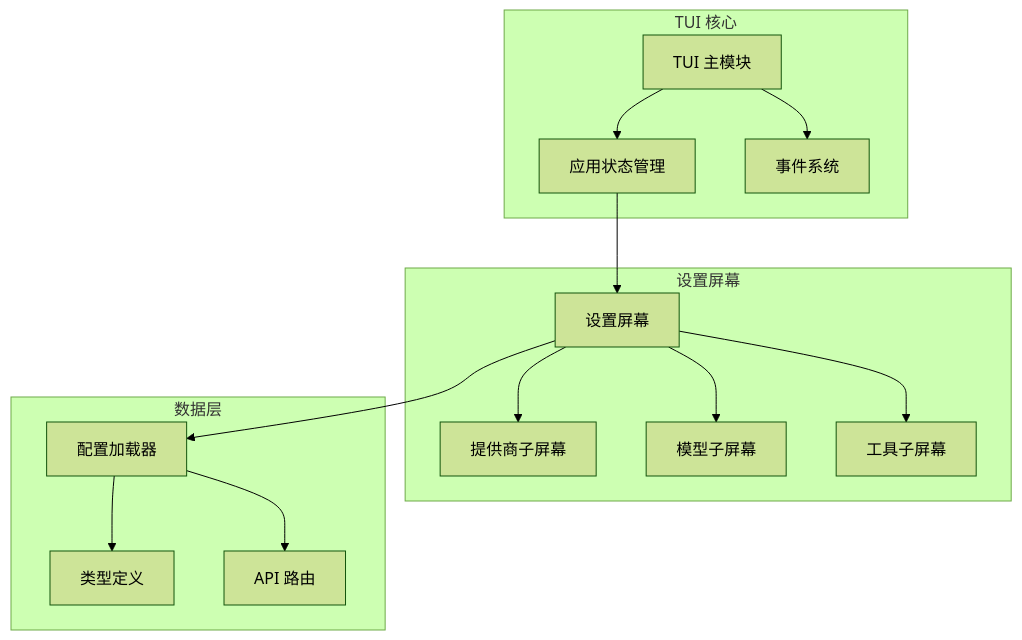
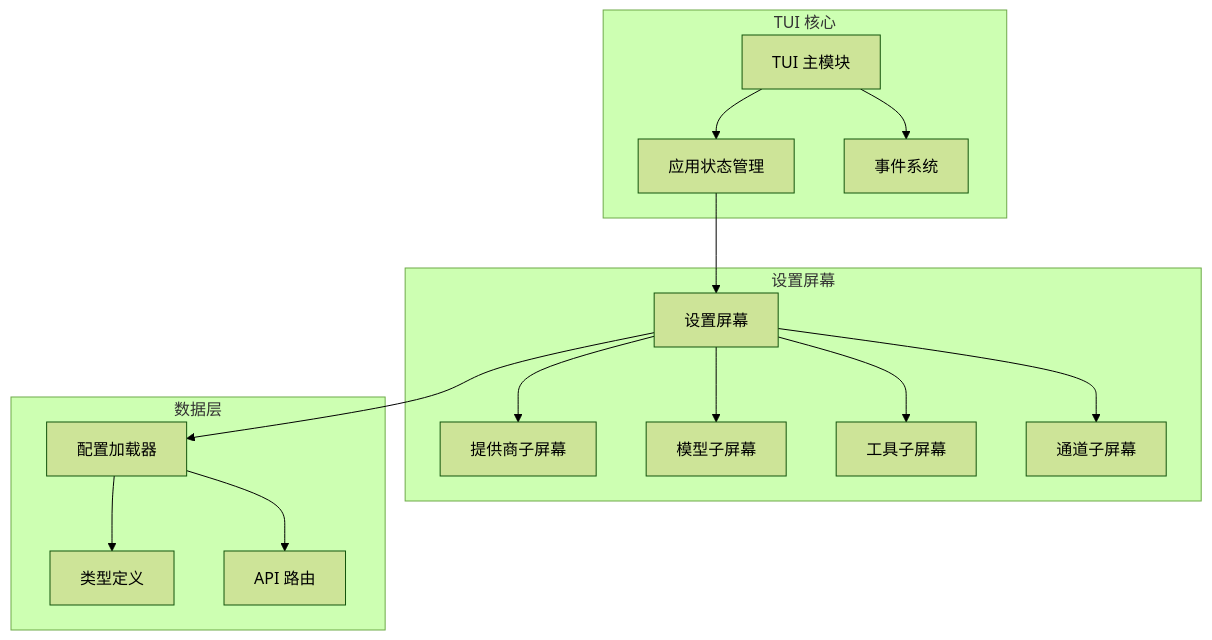
One commit to hexiaowen-bot/openfang changed the first of 7 diagrams in .qoder/repowiki/zh/content/CLI 工具和桌面应用/TUI 仪表板/设置屏幕.md. Above: the diagram before and after it, drawn with Mermaid (forest theme). The commit also changed other lines of this file and 65 other files, not shown here.

````diff
--- a/.qoder/repowiki/zh/content/CLI 工具和桌面应用/TUI 仪表板/设置屏幕.md
+++ b/.qoder/repowiki/zh/content/CLI 工具和桌面应用/TUI 仪表板/设置屏幕.md
@@ -38,28 +48,30 @@
 ```mermaid
 graph TB
 subgraph "TUI 核心"
 TUI[TUI 主模块]
 Mod[应用状态管理]
 Event[事件系统]
 end
 subgraph "设置屏幕"
 Settings[设置屏幕]
 Providers[提供商子屏幕]
 Models[模型子屏幕]
 Tools[工具子屏幕]
+Channels[通道子屏幕]
 end
 subgraph "数据层"
 Config[配置加载器]
 Types[类型定义]
 API[API 路由]
 end
 TUI --> Mod
 TUI --> Event
 Mod --> Settings
 Settings --> Providers
 Settings --> Models
 Settings --> Tools
+Settings --> Channels
 Settings --> Config
 Config --> Types
 Config --> API
 ```
````
